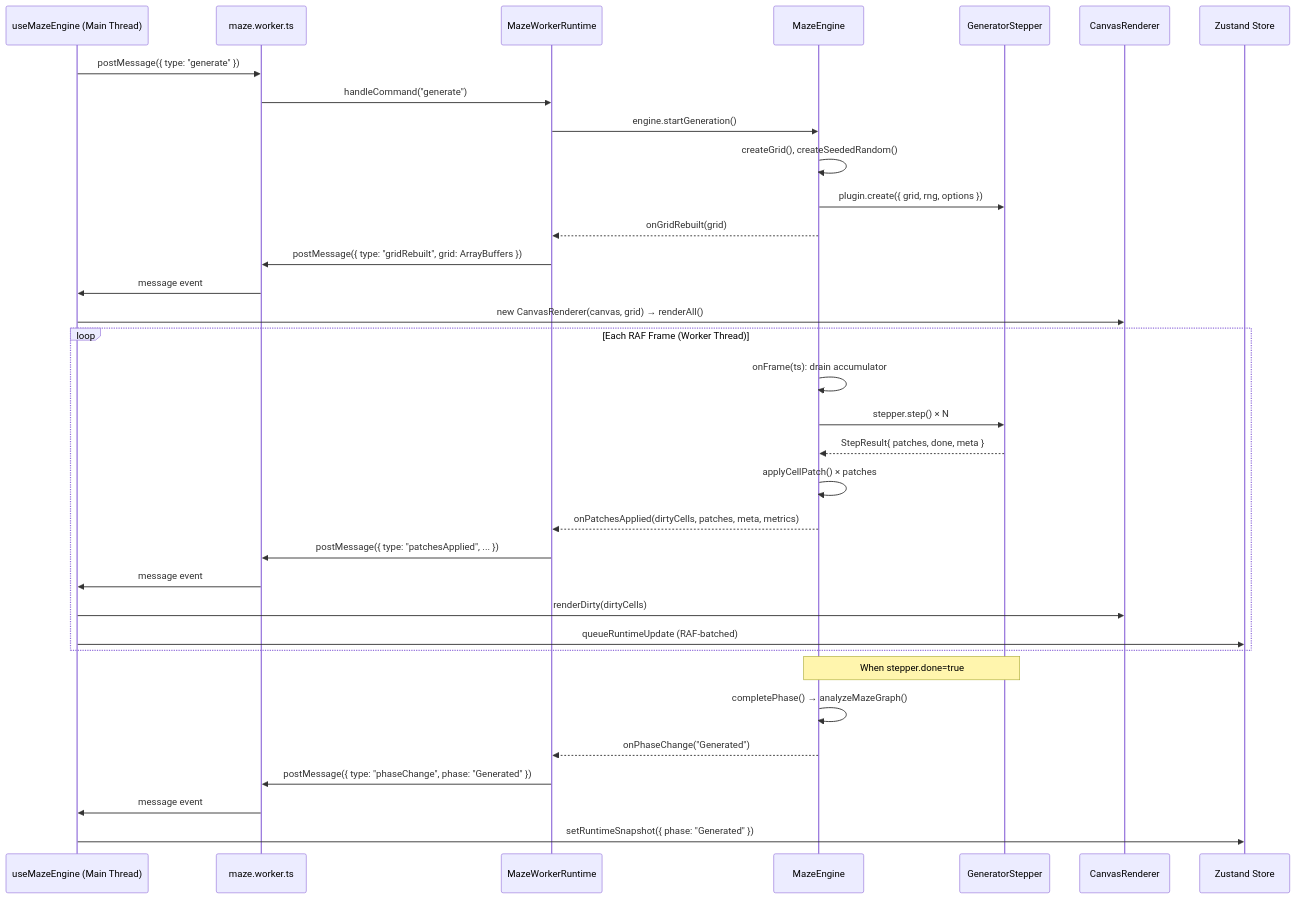
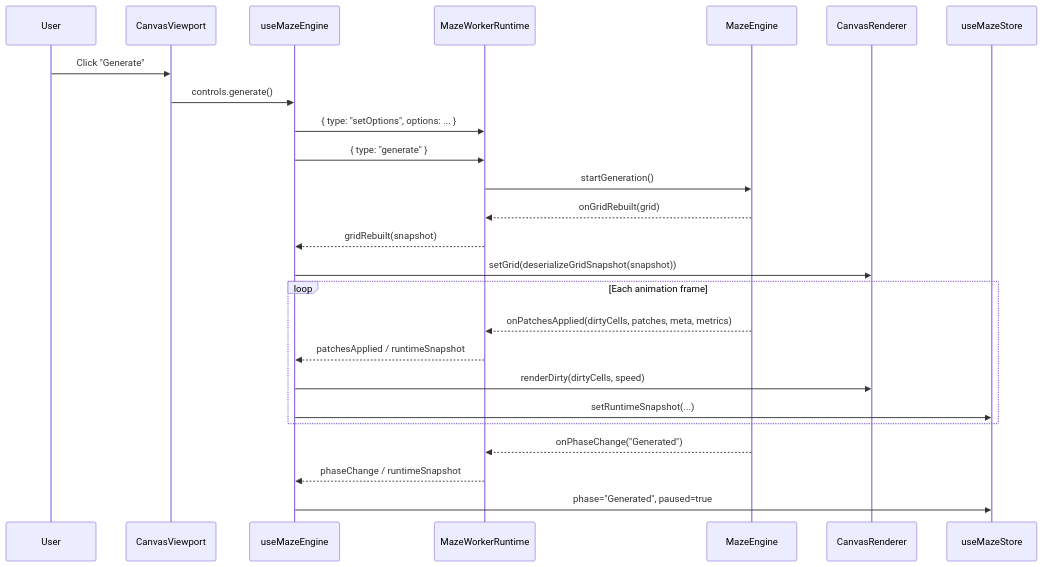
Before and after one commit to Elmar2001/mazer: the fourth of 5 diagrams in architecture.md, drawn with Mermaid. The commit also changed other lines of this file and 3 other files, not shown here.

````diff
--- a/architecture.md
+++ b/architecture.md
@@ -1153,39 +818,28 @@
 ```mermaid
 sequenceDiagram
-    participant UI as useMazeEngine (Main Thread)
-    participant W as maze.worker.ts
-    participant R as MazeWorkerRuntime
-    participant E as MazeEngine
-    participant G as GeneratorStepper
-    participant CR as CanvasRenderer
-    participant Z as Zustand Store
+  participant U as User
+  participant CV as CanvasViewport
+  participant H as useMazeEngine
+  participant WR as MazeWorkerRuntime
+  participant E as MazeEngine
+  participant R as CanvasRenderer
+  participant S as useMazeStore
 
-    UI->>W: postMessage({ type: "generate" })
-    W->>R: handleCommand("generate")
-    R->>E: engine.startGeneration()
-    E->>E: createGrid(), createSeededRandom()
-    E->>G: plugin.create({ grid, rng, options })
-    E-->>R: onGridRebuilt(grid)
-    R->>W: postMessage({ type: "gridRebuilt", grid: ArrayBuffers })
-    W->>UI: message event
-    UI->>CR: new CanvasRenderer(canvas, grid) → renderAll()
-
-    loop Each RAF Frame (Worker Thread)
-        E->>E: onFrame(ts): drain accumulator
-        E->>G: stepper.step() × N
-        G-->>E: StepResult{ patches, done, meta }
-        E->>E: applyCellPatch() × patches
-        E-->>R: onPatchesApplied(dirtyCells, patches, meta, metrics)
-        R->>W: postMessage({ type: "patchesApplied", ... })
-        W->>UI: message event
-        UI->>CR: renderDirty(dirtyCells)
-        UI->>Z: queueRuntimeUpdate (RAF-batched)
-    end
-
-    Note over E,G: When stepper.done=true
-    E->>E: completePhase() → analyzeMazeGraph()
-    E-->>R: onPhaseChange("Generated")
-    R->>W: postMessage({ type: "phaseChange", phase: "Generated" })
-    W->>UI: message event
-    UI->>Z: setRuntimeSnapshot({ phase: "Generated" })
+  U->>CV: Click "Generate"
+  CV->>H: controls.generate()
+  H->>WR: { type: "setOptions", options: ... }
+  H->>WR: { type: "generate" }
+  WR->>E: startGeneration()
+  E-->>WR: onGridRebuilt(grid)
+  WR-->>H: gridRebuilt(snapshot)
+  H->>R: setGrid(deserializeGridSnapshot(snapshot))
+  loop Each animation frame
+    E-->>WR: onPatchesApplied(dirtyCells, patches, meta, metrics)
+    WR-->>H: patchesApplied / runtimeSnapshot
+    H->>R: renderDirty(dirtyCells, speed)
+    H->>S: setRuntimeSnapshot(...)
+  end
+  E-->>WR: onPhaseChange("Generated")
+  WR-->>H: phaseChange / runtimeSnapshot
+  H->>S: phase="Generated", paused=true
 ```
````
